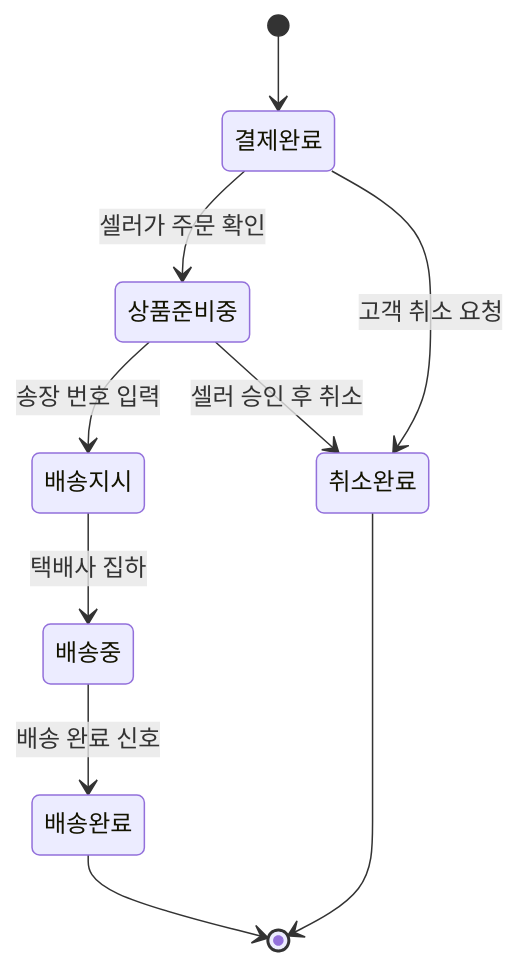
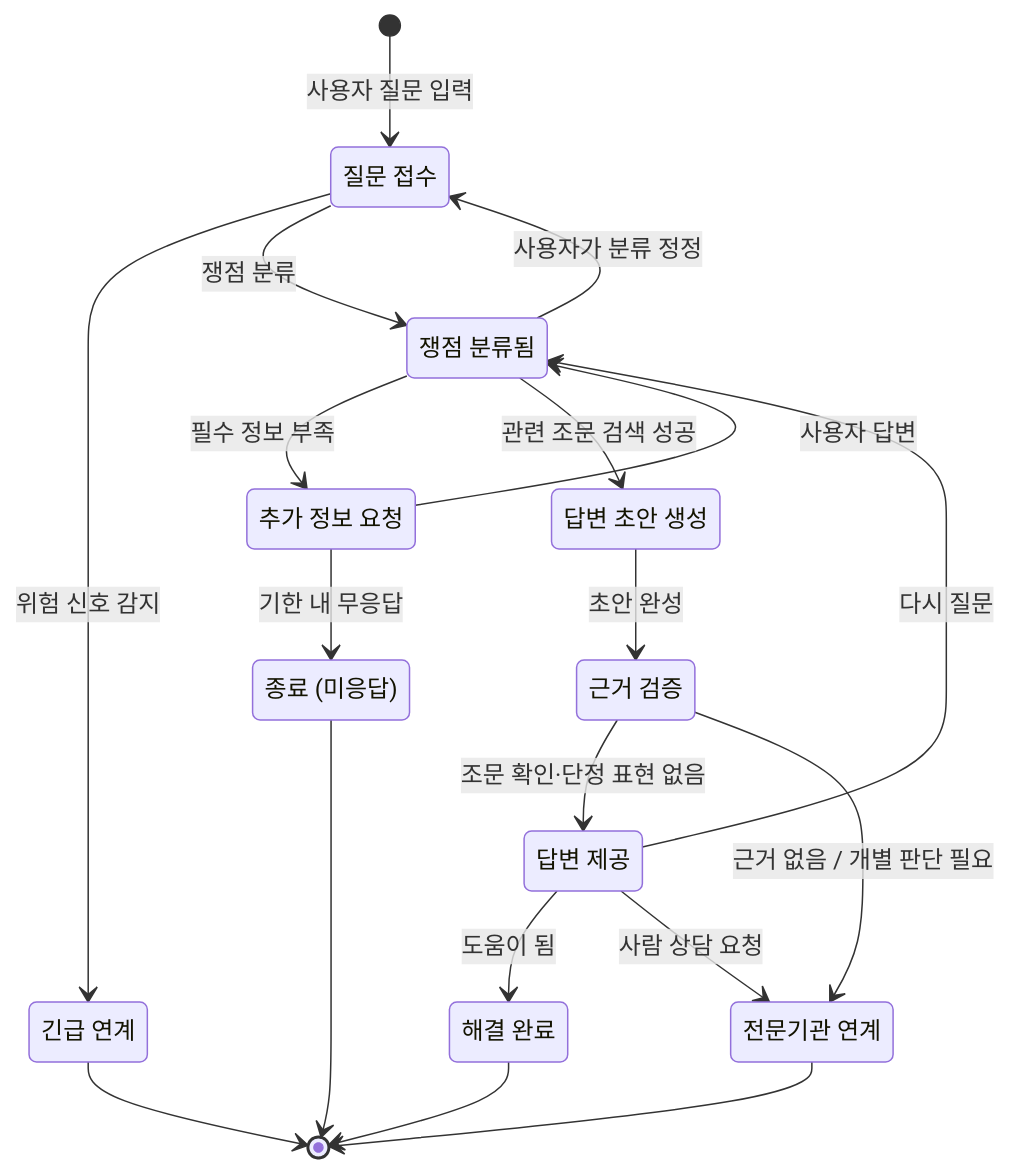
Before and after one commit to rulrularla123/multicultural-families: the diagram in docs/domain/03-rules-states-llm.md, drawn with Mermaid. The commit also changed other lines of this file, not shown here.

````diff
--- a/docs/domain/03-rules-states-llm.md
+++ b/docs/domain/03-rules-states-llm.md
@@ -46,19 +56,32 @@
 ```mermaid
 stateDiagram-v2
-    state "결제완료" as paid
-    state "상품준비중" as preparing
-    state "배송지시" as ordered
-    state "배송중" as shipping
-    state "배송완료" as delivered
-    state "취소완료" as canceled
+    state "질문 접수" as received
+    state "쟁점 분류됨" as classified
+    state "추가 정보 요청" as needinfo
+    state "답변 초안 생성" as drafted
+    state "근거 검증" as verifying
+    state "답변 제공" as answered
+    state "해결 완료" as resolved
+    state "전문기관 연계" as referred
+    state "긴급 연계" as emergency
+    state "종료 (미응답)" as abandoned
 
-    [*] --> paid
-    paid --> preparing : 셀러가 주문 확인
-    preparing --> ordered : 송장 번호 입력
-    ordered --> shipping : 택배사 집하
-    shipping --> delivered : 배송 완료 신호
-    paid --> canceled : 고객 취소 요청
-    preparing --> canceled : 셀러 승인 후 취소
-    delivered --> [*]
-    canceled --> [*]
+    [*] --> received : 사용자 질문 입력
+    received --> emergency : 위험 신호 감지
+    received --> classified : 쟁점 분류
+    classified --> received : 사용자가 분류 정정
+    classified --> needinfo : 필수 정보 부족
+    needinfo --> classified : 사용자 답변
+    needinfo --> abandoned : 기한 내 무응답
+    classified --> drafted : 관련 조문 검색 성공
+    drafted --> verifying : 초안 완성
+    verifying --> answered : 조문 확인·단정 표현 없음
+    verifying --> referred : 근거 없음 / 개별 판단 필요
+    answered --> resolved : 도움이 됨
+    answered --> classified : 다시 질문
+    answered --> referred : 사람 상담 요청
+    resolved --> [*]
+    referred --> [*]
+    emergency --> [*]
+    abandoned --> [*]
 ```
````
